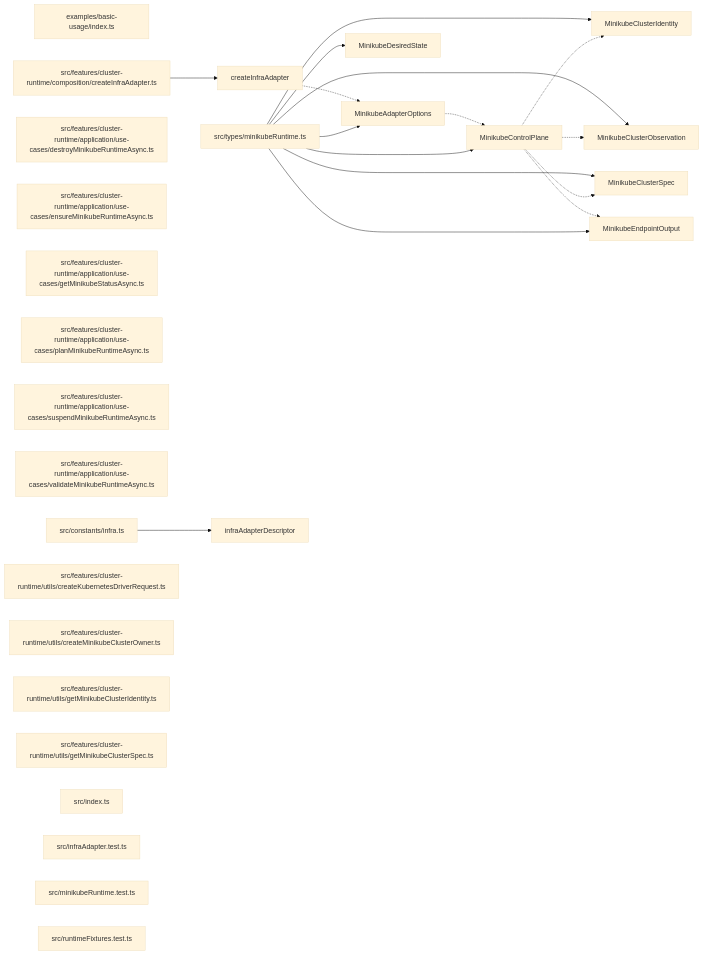
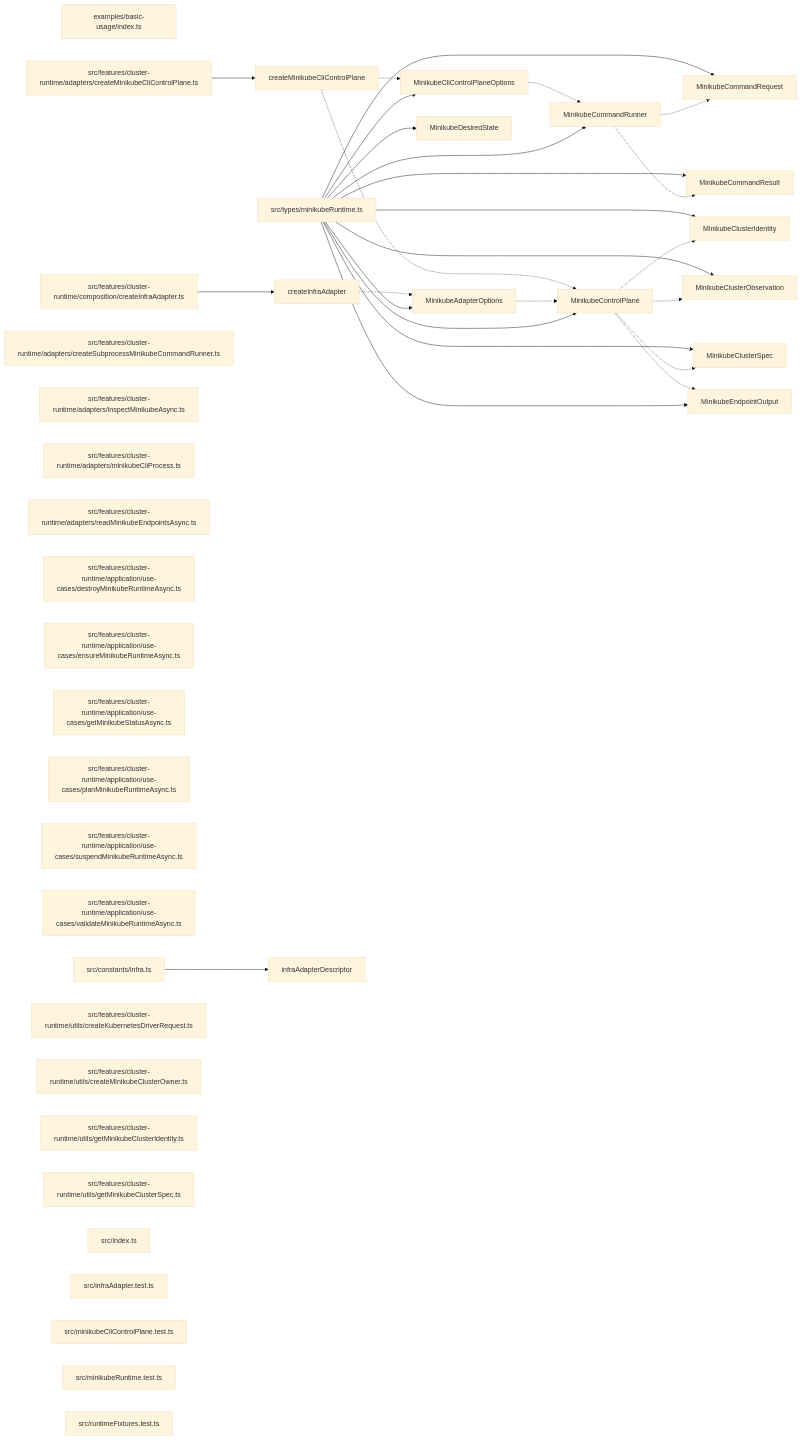
One commit to ankhorage/minikube changed the diagram in paradox/diagrams/export-graph.mmd. Above: the diagram before and after it, drawn with Mermaid (base theme). The commit also changed 26 other files, not shown here.

Commit message:
feat: add concrete minikube CLI lifecycle (#4)

```diff
--- a/paradox/diagrams/export-graph.mmd
+++ b/paradox/diagrams/export-graph.mmd
@@ -1,43 +1,64 @@
 graph LR
   module_examples_basic_usage_index_ts["examples/basic-usage/index.ts"]
   module_src_constants_infra_ts["src/constants/infra.ts"]
+  module_src_features_cluster_runtime_adapters_createMinikubeCliControlPlane_ts["src/features/cluster-runtime/adapters/createMinikubeCliControlPlane.ts"]
+  module_src_features_cluster_runtime_adapters_createSubprocessMinikubeCommandRunner_ts["src/features/cluster-runtime/adapters/createSubprocessMinikubeCommandRunner.ts"]
+  module_src_features_cluster_runtime_adapters_inspectMinikubeAsync_ts["src/features/cluster-runtime/adapters/inspectMinikubeAsync.ts"]
+  module_src_features_cluster_runtime_adapters_minikubeCliProcess_ts["src/features/cluster-runtime/adapters/minikubeCliProcess.ts"]
+  module_src_features_cluster_runtime_adapters_readMinikubeEndpointsAsync_ts["src/features/cluster-runtime/adapters/readMinikubeEndpointsAsync.ts"]
   module_src_features_cluster_runtime_application_use_cases_destroyMinikubeRuntimeAsync_ts["src/features/cluster-runtime/application/use-cases/destroyMinikubeRuntimeAsync.ts"]
   module_src_features_cluster_runtime_application_use_cases_ensureMinikubeRuntimeAsync_ts["src/features/cluster-runtime/application/use-cases/ensureMinikubeRuntimeAsync.ts"]
   module_src_features_cluster_runtime_application_use_cases_getMinikubeStatusAsync_ts["src/features/cluster-runtime/application/use-cases/getMinikubeStatusAsync.ts"]
   module_src_features_cluster_runtime_application_use_cases_planMinikubeRuntimeAsync_ts["src/features/cluster-runtime/application/use-cases/planMinikubeRuntimeAsync.ts"]
   module_src_features_cluster_runtime_application_use_cases_suspendMinikubeRuntimeAsync_ts["src/features/cluster-runtime/application/use-cases/suspendMinikubeRuntimeAsync.ts"]
   module_src_features_cluster_runtime_application_use_cases_validateMinikubeRuntimeAsync_ts["src/features/cluster-runtime/application/use-cases/validateMinikubeRuntimeAsync.ts"]
   module_src_features_cluster_runtime_composition_createInfraAdapter_ts["src/features/cluster-runtime/composition/createInfraAdapter.ts"]
   module_src_features_cluster_runtime_utils_createKubernetesDriverRequest_ts["src/features/cluster-runtime/utils/createKubernetesDriverRequest.ts"]
   module_src_features_cluster_runtime_utils_createMinikubeClusterOwner_ts["src/features/cluster-runtime/utils/createMinikubeClusterOwner.ts"]
   module_src_features_cluster_runtime_utils_getMinikubeClusterIdentity_ts["src/features/cluster-runtime/utils/getMinikubeClusterIdentity.ts"]
   module_src_features_cluster_runtime_utils_getMinikubeClusterSpec_ts["src/features/cluster-runtime/utils/getMinikubeClusterSpec.ts"]
   module_src_index_ts["src/index.ts"]
   module_src_infraAdapter_test_ts["src/infraAdapter.test.ts"]
+  module_src_minikubeCliControlPlane_test_ts["src/minikubeCliControlPlane.test.ts"]
   module_src_minikubeRuntime_test_ts["src/minikubeRuntime.test.ts"]
   module_src_runtimeFixtures_test_ts["src/runtimeFixtures.test.ts"]
   module_src_types_minikubeRuntime_ts["src/types/minikubeRuntime.ts"]
   export_createInfraAdapter["createInfraAdapter"]
   module_src_features_cluster_runtime_composition_createInfraAdapter_ts --> export_createInfraAdapter
   export_createInfraAdapter -.-> export_MinikubeAdapterOptions
+  export_createMinikubeCliControlPlane["createMinikubeCliControlPlane"]
+  module_src_features_cluster_runtime_adapters_createMinikubeCliControlPlane_ts --> export_createMinikubeCliControlPlane
+  export_createMinikubeCliControlPlane -.-> export_MinikubeCliControlPlaneOptions
+  export_createMinikubeCliControlPlane -.-> export_MinikubeControlPlane
   export_infraAdapterDescriptor["infraAdapterDescriptor"]
   module_src_constants_infra_ts --> export_infraAdapterDescriptor
   export_MinikubeAdapterOptions["MinikubeAdapterOptions"]
   module_src_types_minikubeRuntime_ts --> export_MinikubeAdapterOptions
   export_MinikubeAdapterOptions -.-> export_MinikubeControlPlane
+  export_MinikubeCliControlPlaneOptions["MinikubeCliControlPlaneOptions"]
+  module_src_types_minikubeRuntime_ts --> export_MinikubeCliControlPlaneOptions
+  export_MinikubeCliControlPlaneOptions -.-> export_MinikubeCommandRunner
   export_MinikubeClusterIdentity["MinikubeClusterIdentity"]
   module_src_types_minikubeRuntime_ts --> export_MinikubeClusterIdentity
   export_MinikubeClusterObservation["MinikubeClusterObservation"]
   module_src_types_minikubeRuntime_ts --> export_MinikubeClusterObservation
   export_MinikubeClusterSpec["MinikubeClusterSpec"]
   module_src_types_minikubeRuntime_ts --> export_MinikubeClusterSpec
+  export_MinikubeCommandRequest["MinikubeCommandRequest"]
+  module_src_types_minikubeRuntime_ts --> export_MinikubeCommandRequest
+  export_MinikubeCommandResult["MinikubeCommandResult"]
+  module_src_types_minikubeRuntime_ts --> export_MinikubeCommandResult
+  export_MinikubeCommandRunner["MinikubeCommandRunner"]
+  module_src_types_minikubeRuntime_ts --> export_MinikubeCommandRunner
+  export_MinikubeCommandRunner -.-> export_MinikubeCommandRequest
+  export_MinikubeCommandRunner -.-> export_MinikubeCommandResult
   export_MinikubeControlPlane["MinikubeControlPlane"]
   module_src_types_minikubeRuntime_ts --> export_MinikubeControlPlane
   export_MinikubeControlPlane -.-> export_MinikubeClusterIdentity
   export_MinikubeControlPlane -.-> export_MinikubeClusterObservation
   export_MinikubeControlPlane -.-> export_MinikubeClusterSpec
   export_MinikubeControlPlane -.-> export_MinikubeEndpointOutput
   export_MinikubeDesiredState["MinikubeDesiredState"]
   module_src_types_minikubeRuntime_ts --> export_MinikubeDesiredState
   export_MinikubeEndpointOutput["MinikubeEndpointOutput"]
   module_src_types_minikubeRuntime_ts --> export_MinikubeEndpointOutput
```
